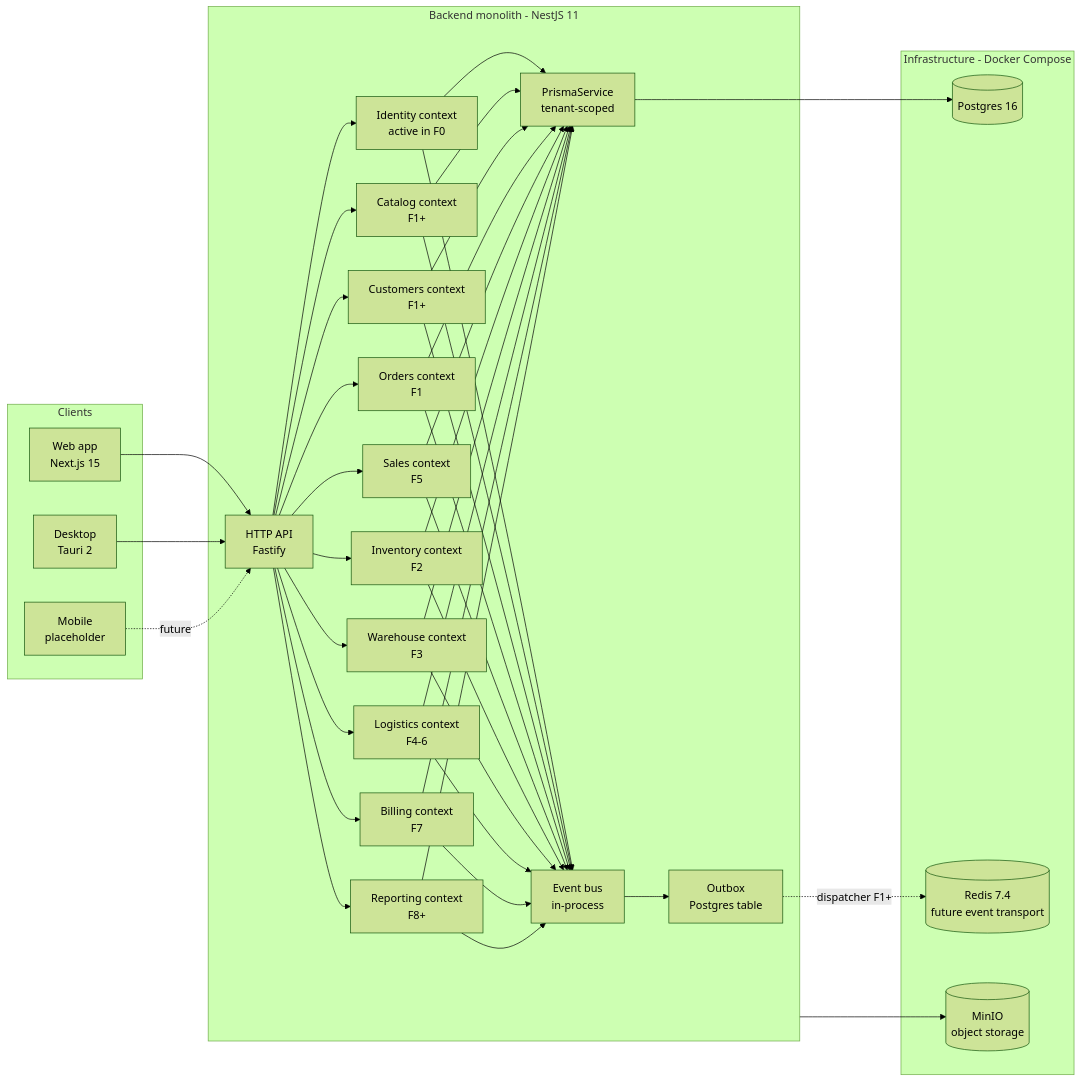
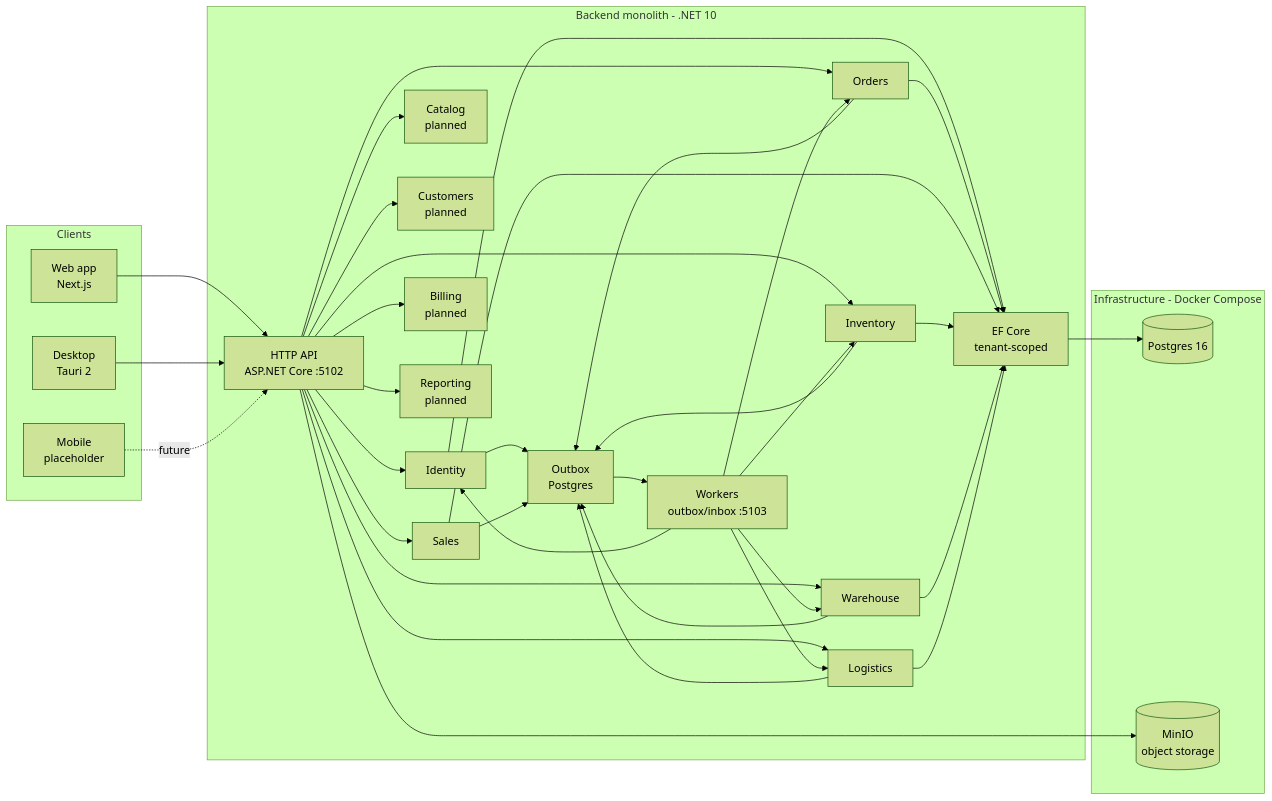
One commit to kevin-esq/binexus-platform changed the diagram in docs/architecture/overview.md. Above: the diagram before and after it, drawn with Mermaid (forest theme). The commit also changed other lines of this file and 593 other files, not shown here.

First line of the commit message:
feat(backend): migrate Binexus backend to .NET 10 (#56)

````diff
--- a/docs/architecture/overview.md
+++ b/docs/architecture/overview.md
@@ -11,69 +23,64 @@
 ```mermaid
 flowchart LR
     subgraph clients[Clients]
-        web[Web app<br/>Next.js 15]
+        web[Web app<br/>Next.js]
         desktop[Desktop<br/>Tauri 2]
         mobile[Mobile<br/>placeholder]
     end
 
-    subgraph backend[Backend monolith - NestJS 11]
-        api[HTTP API<br/>Fastify]
-        identity[Identity context<br/>active in F0]
-        orders[Orders context<br/>F1]
-        catalog[Catalog context<br/>F1+]
-        customers[Customers context<br/>F1+]
-        sales[Sales context<br/>F5]
-        inventory[Inventory context<br/>F2]
-        warehouse[Warehouse context<br/>F3]
-        logistics[Logistics context<br/>F4-6]
-        billing[Billing context<br/>F7]
-        reporting[Reporting context<br/>F8+]
-        bus[Event bus<br/>in-process]
-        outbox[Outbox<br/>Postgres table]
-        prisma[PrismaService<br/>tenant-scoped]
+    subgraph backend[Backend monolith - .NET 10]
+        api[HTTP API<br/>ASP.NET Core :5102]
+        workers[Workers<br/>outbox/inbox :5103]
+        identity[Identity]
+        orders[Orders]
+        catalog[Catalog<br/>planned]
+        customers[Customers<br/>planned]
+        sales[Sales]
+        inventory[Inventory]
+        warehouse[Warehouse]
+        logistics[Logistics]
+        billing[Billing<br/>planned]
+        reporting[Reporting<br/>planned]
+        outbox[Outbox<br/>Postgres]
+        ef[EF Core<br/>tenant-scoped]
     end
 
     subgraph infra[Infrastructure - Docker Compose]
         pg[("Postgres 16")]
-        redis[("Redis 7.4<br/>future event transport")]
         minio[("MinIO<br/>object storage")]
     end
 
     web --> api
     desktop --> api
     mobile -. future .-> api
     api --> identity
     api --> catalog
     api --> customers
     api --> orders
     api --> sales
     api --> inventory
     api --> warehouse
     api --> logistics
     api --> billing
     api --> reporting
-    identity --> bus
-    catalog --> bus
-    customers --> bus
-    orders --> bus
-    sales --> bus
-    inventory --> bus
-    warehouse --> bus
-    logistics --> bus
-    billing --> bus
-    reporting --> bus
-    bus --> outbox
-    outbox -. dispatcher F1+ .-> redis
-    identity --> prisma
-    catalog --> prisma
-    customers --> prisma
-    orders --> prisma
-    sales --> prisma
-    inventory --> prisma
-    warehouse --> prisma
-    logistics --> prisma
-    billing --> prisma
-    reporting --> prisma
-    prisma --> pg
-    backend --> minio
+    identity --> outbox
+    orders --> outbox
+    sales --> outbox
+    inventory --> outbox
+    warehouse --> outbox
+    logistics --> outbox
+    outbox --> workers
+    workers --> identity
+    workers --> orders
+    workers --> inventory
+    workers --> warehouse
+    workers --> logistics
+    identity --> ef
+    orders --> ef
+    sales --> ef
+    inventory --> ef
+    warehouse --> ef
+    logistics --> ef
+    ef --> pg
+    api --> minio
 ```
````
